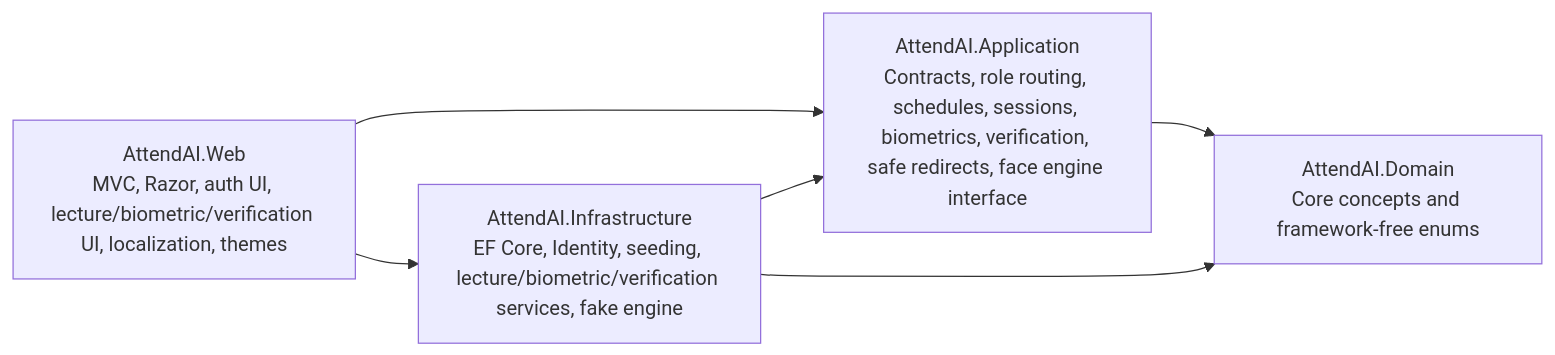
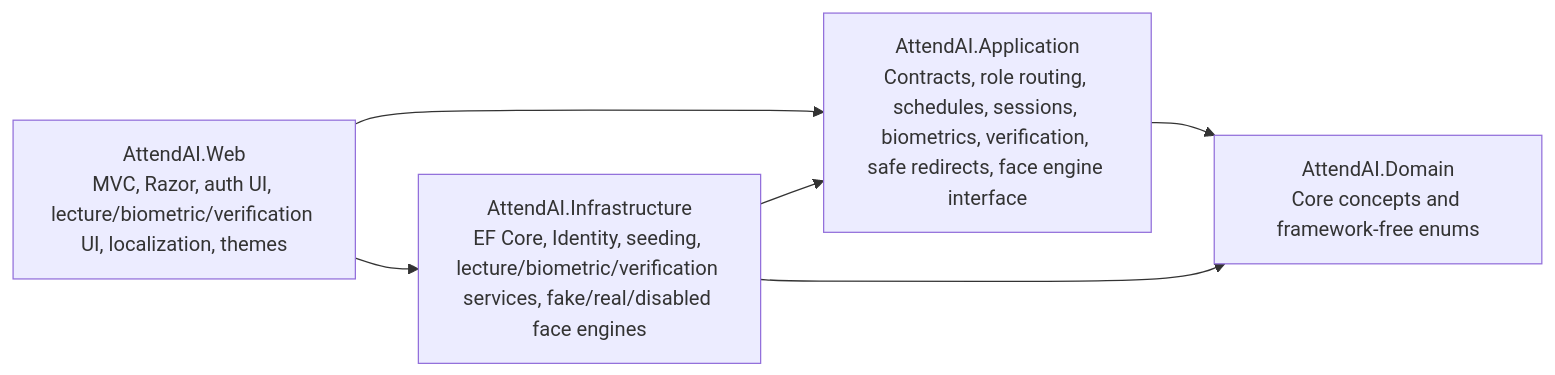
The first of 6 diagrams in docs/02-System-Architecture.md (YazAj/SmartAtt), drawn with Mermaid before and after one commit. The commit also changed other lines of this file and 42 other files, not shown here.

Commit message:
feat(face-recognition): integrate OpenCV YuNet and SFace real engine

````diff
--- a/docs/02-System-Architecture.md
+++ b/docs/02-System-Architecture.md
@@ -5,8 +5,8 @@
 ```mermaid
 flowchart LR
     Web["AttendAI.Web\nMVC, Razor, auth UI, lecture/biometric/verification UI, localization, themes"] --> Application["AttendAI.Application\nContracts, role routing, schedules, sessions, biometrics, verification, safe redirects, face engine interface"]
-    Web --> Infrastructure["AttendAI.Infrastructure\nEF Core, Identity, seeding, lecture/biometric/verification services, fake engine"]
+    Web --> Infrastructure["AttendAI.Infrastructure\nEF Core, Identity, seeding, lecture/biometric/verification services, fake/real/disabled face engines"]
     Infrastructure --> Application
     Infrastructure --> Domain["AttendAI.Domain\nCore concepts and framework-free enums"]
     Application --> Domain
 ```
````
